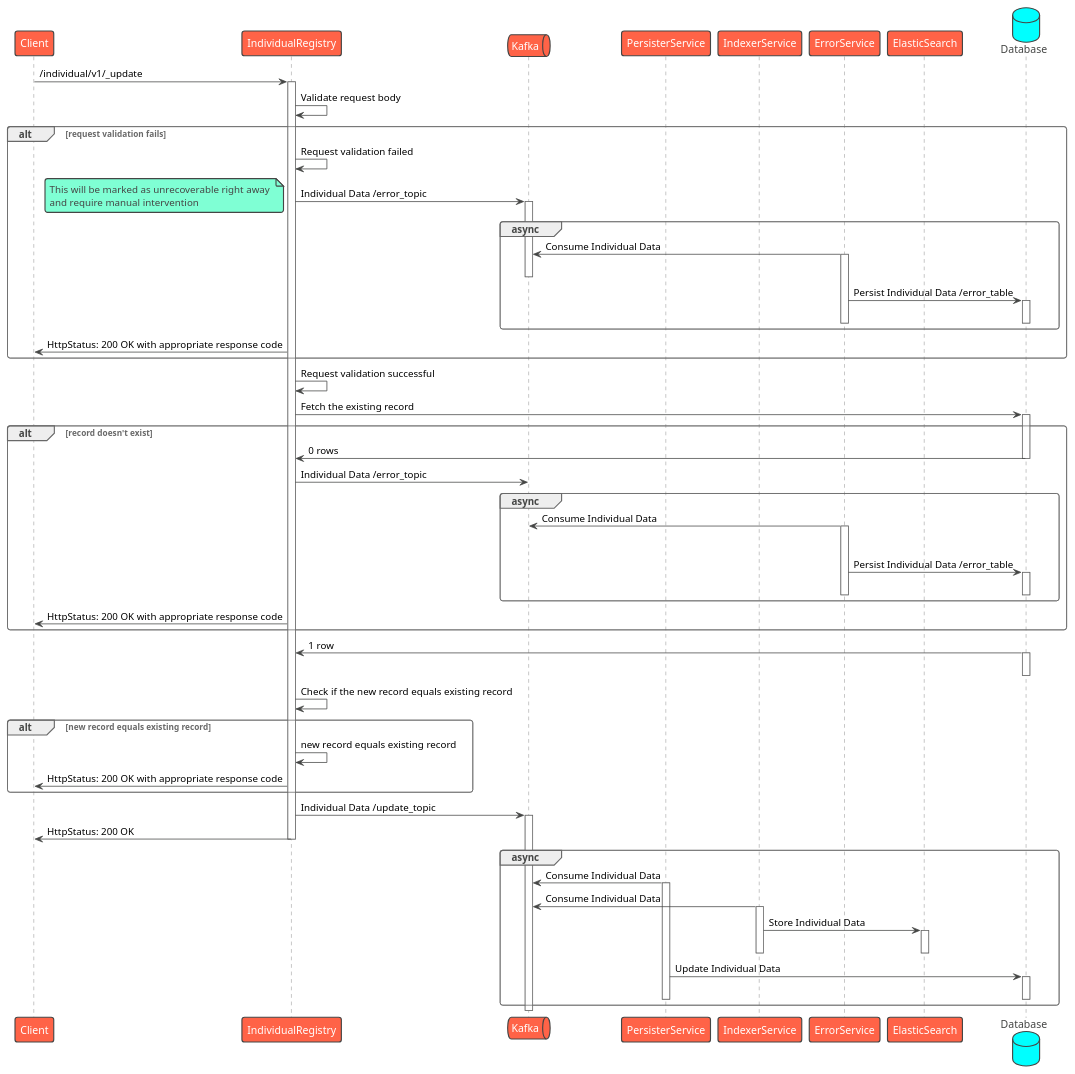
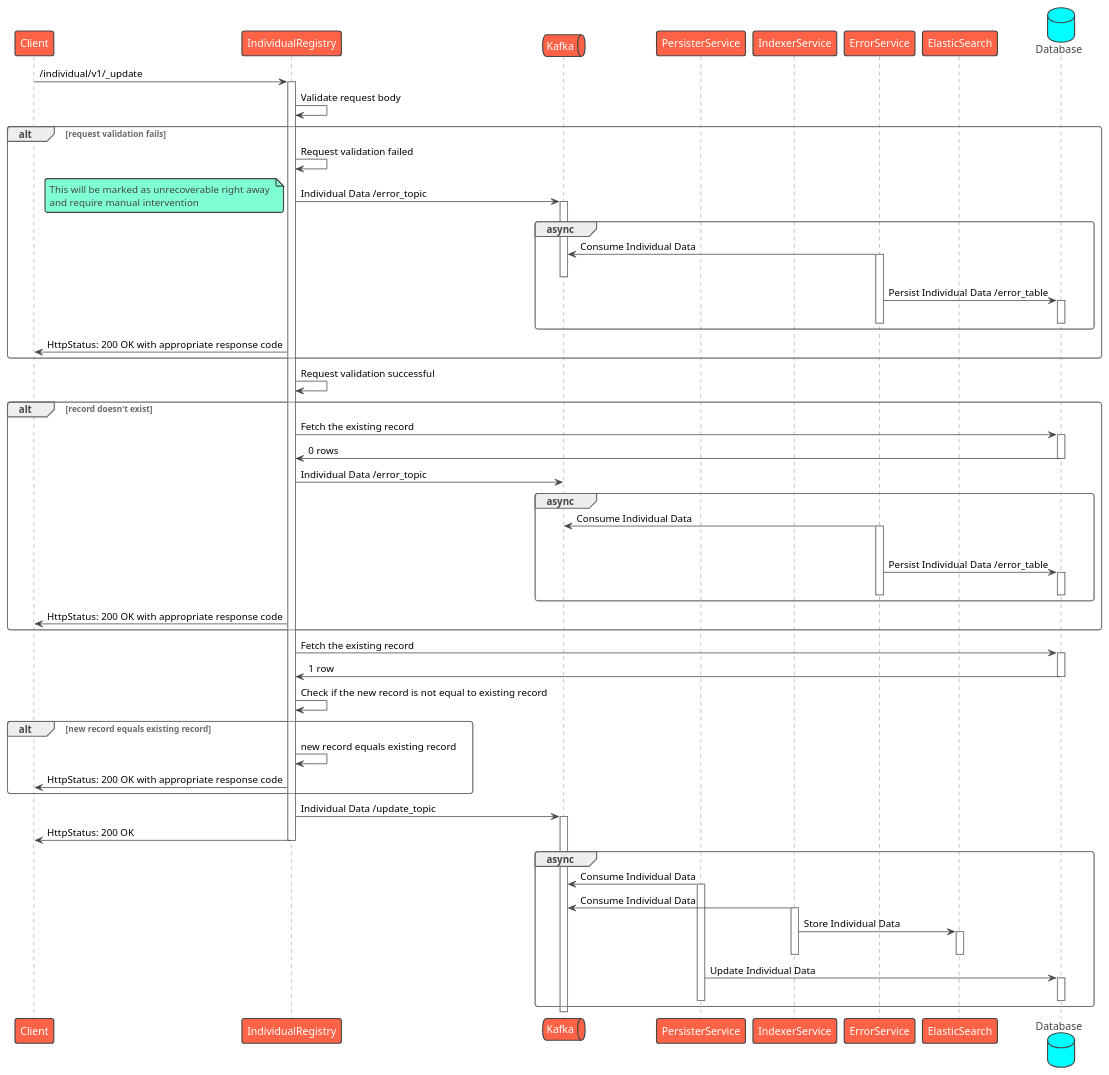
The diagram in contracts/registries/individual/sequence/update.puml (egovernments/health-api-specs), drawn with PlantUML before and after one commit. The commit also changed 2 other files, not shown here.

Commit message:
Sequence: Household registry - create, update - Minor modifications in individual registry

```diff
--- a/contracts/registries/individual/sequence/update.puml
+++ b/contracts/registries/individual/sequence/update.puml
@@ -1,78 +1,79 @@
 @startuml Individual Registry - Update
 !theme vibrant
 participant Client as c
 participant IndividualRegistry as ir
 queue Kafka as k
 participant PersisterService as prs
 participant IndexerService as idx
 participant ErrorService as es
 participant ElasticSearch as el
 database Database as db
 c -> ir : /individual/v1/_update
 activate ir
 ir -> ir: Validate request body
 alt request validation fails
     ir -> ir: Request validation failed
     ir -> k: Individual Data /error_topic
     note left
         This will be marked as unrecoverable right away 
         and require manual intervention
     end note
     activate k
     group async
         es -> k: Consume Individual Data
         activate es
         deactivate k
         es -> db: Persist Individual Data /error_table
         activate db
         deactivate db
         deactivate es
     end
     ir -> c: HttpStatus: 200 OK with appropriate response code
 end
 ir -> ir: Request validation successful
-ir -> db: Fetch the existing record
 alt record doesn't exist
+    ir -> db: Fetch the existing record
     activate db
     db -> ir: 0 rows
     deactivate db
     ir -> k: Individual Data /error_topic
     group async
         es -> k: Consume Individual Data
         activate es
         deactivate k
         es -> db: Persist Individual Data /error_table
         activate db
         deactivate db
         deactivate es
     end
     ir -> c: HttpStatus: 200 OK with appropriate response code
 end
+ir -> db: Fetch the existing record
+activate db
 db -> ir: 1 row
-activate db
 deactivate db
-ir -> ir: Check if the new record equals existing record
+ir -> ir: Check if the new record is not equal to existing record
 alt new record equals existing record
     ir -> ir: new record equals existing record
     ir -> c: HttpStatus: 200 OK with appropriate response code
 end
 ir -> k: Individual Data /update_topic
 activate k
 ir -> c: HttpStatus: 200 OK
 deactivate ir
 group async
     prs -> k: Consume Individual Data
     activate prs
     idx -> k: Consume Individual Data
     activate idx
     idx -> el: Store Individual Data
     activate el
     deactivate el
     deactivate idx
     prs -> db: Update Individual Data
     activate db
     deactivate db
     deactivate prs
 end
 deactivate k
 @enduml
```
